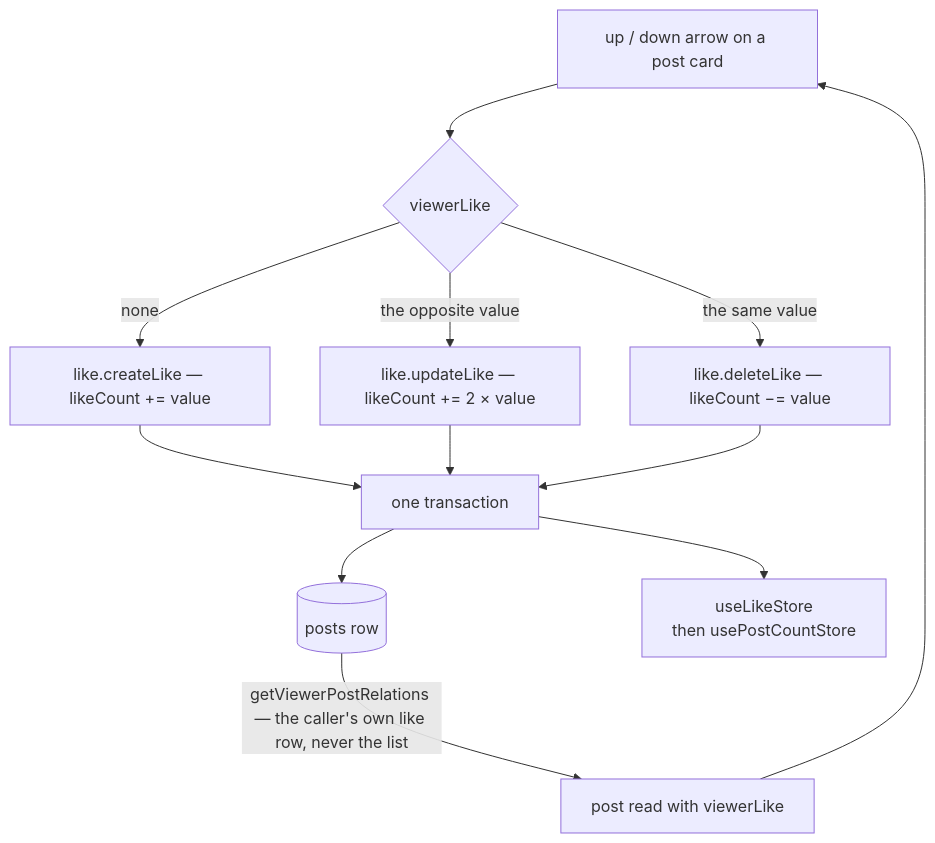
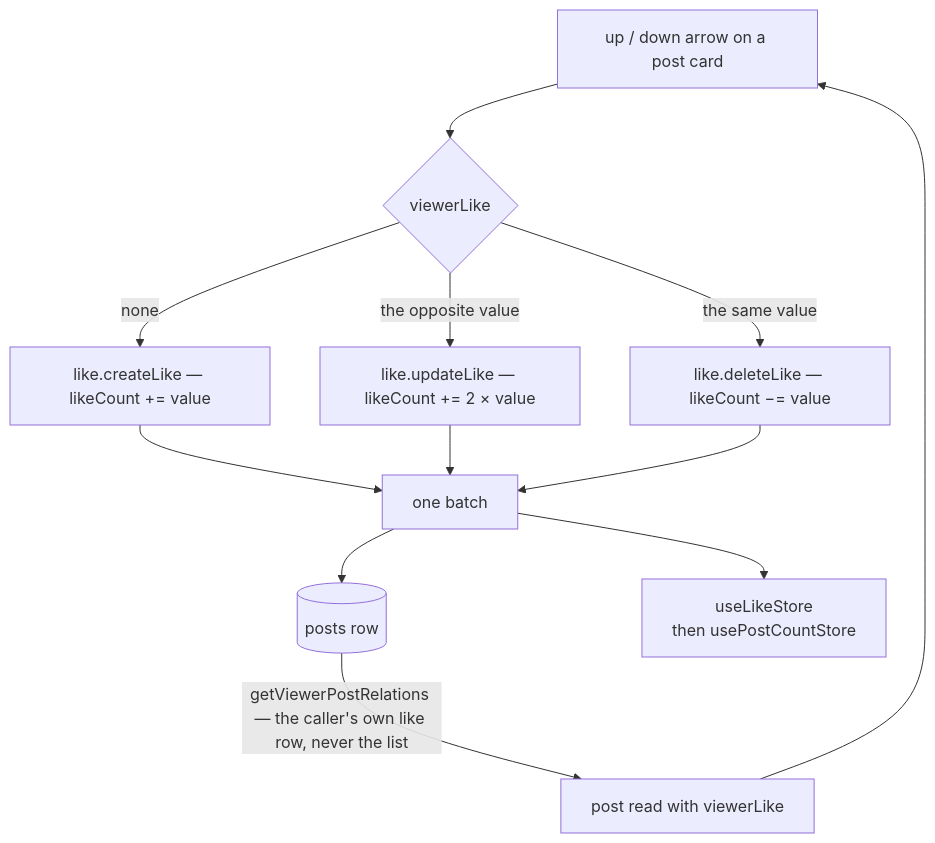
Before and after one commit to Esposter/Esposter: the diagram in openspec/specs/post/likes/design.md, drawn with Mermaid. The commit also changed other lines of this file and 5 other files, not shown here.

````diff
--- a/openspec/specs/post/likes/design.md
+++ b/openspec/specs/post/likes/design.md
@@ -7,14 +7,14 @@
 ```mermaid
 flowchart TD
   arrows["up / down arrow on a post card"] --> pick{"viewerLike"}
   pick -->|"none"| createLike["like.createLike — likeCount += value"]
   pick -->|"the opposite value"| updateLike["like.updateLike — likeCount += 2 × value"]
   pick -->|"the same value"| deleteLike["like.deleteLike — likeCount −= value"]
   createLike --> txn
   updateLike --> txn
-  deleteLike --> txn["one transaction"]
+  deleteLike --> txn["one batch"]
   txn --> row[("posts row")]
   txn --> patch["useLikeStore<br/>then usePostCountStore"]
   row -->|"getViewerPostRelations — the caller's own like row, never the list"| viewer["post read with viewerLike"]
   viewer --> arrows
 ```
````
